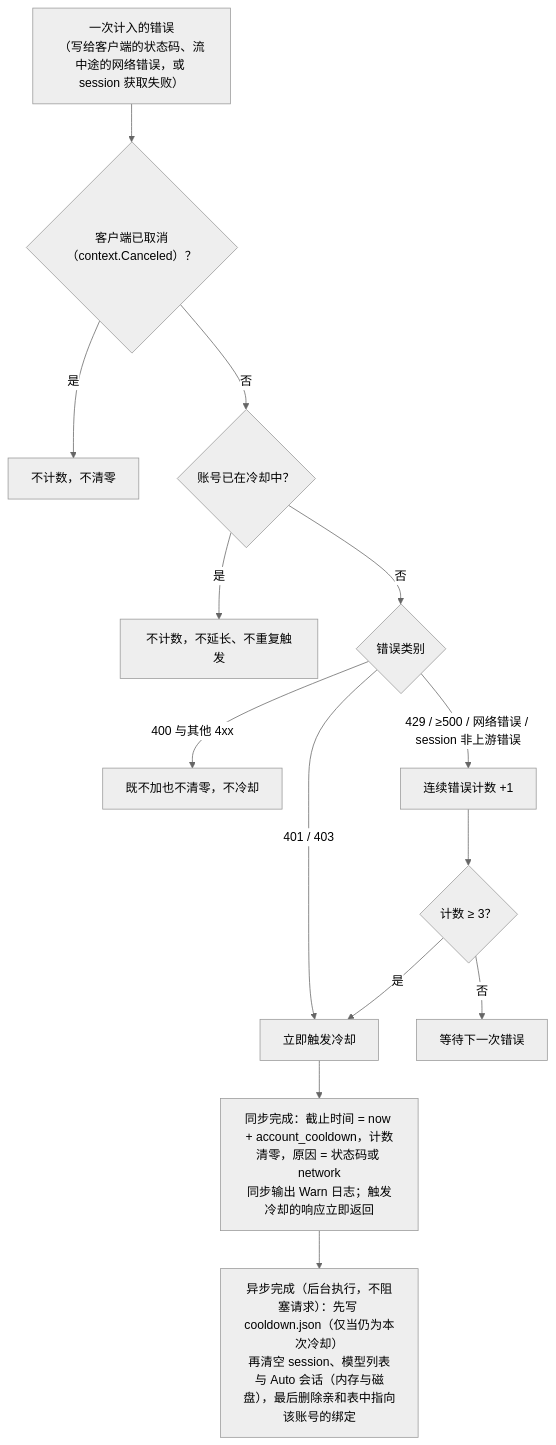
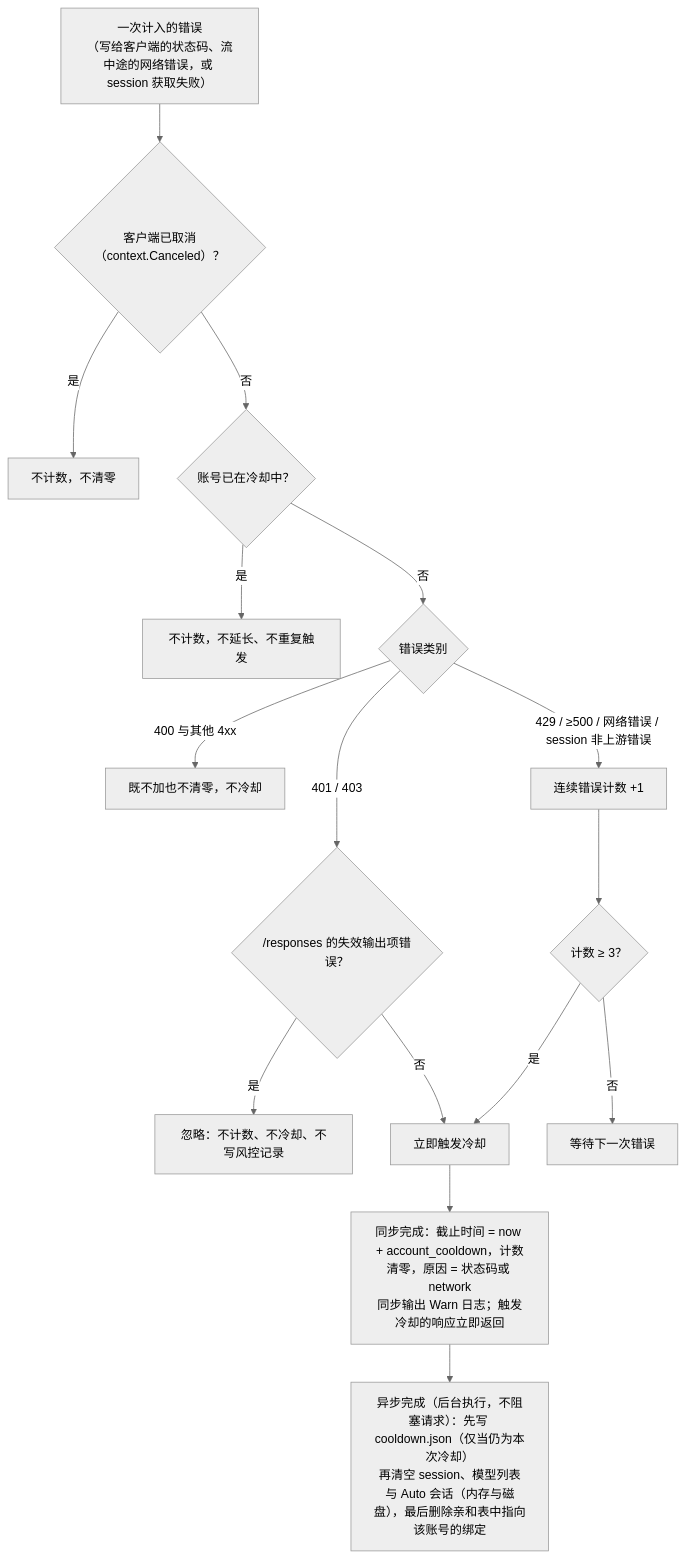
Before and after one commit to 1oo1/ghc2api: the second of 3 diagrams in docs/pool.md, drawn with Mermaid (neutral theme). The commit also changed other lines of this file and 6 other files, not shown here.

````diff
--- a/docs/pool.md
+++ b/docs/pool.md
@@ -76,16 +76,18 @@
 ```mermaid
 flowchart TD
     A["一次计入的错误<br/>（写给客户端的状态码、流中途的网络错误，或 session 获取失败）"] --> B{"客户端已取消（context.Canceled）？"}
     B -- 是 --> X1["不计数，不清零"]
     B -- 否 --> E{"账号已在冷却中？"}
     E -- 是 --> X3["不计数，不延长、不重复触发"]
     E -- 否 --> C{"错误类别"}
     C -- "400 与其他 4xx" --> X2["既不加也不清零，不冷却"]
-    C -- "401 / 403" --> D["立即触发冷却"]
+    C -- "401 / 403" --> C1{"/responses 的失效输出项错误？"}
+    C1 -- 是 --> X5["忽略：不计数、不冷却、不写风控记录"]
+    C1 -- 否 --> D["立即触发冷却"]
     C -- "429 / ≥500 / 网络错误 / session 非上游错误" --> F["连续错误计数 +1"]
     F --> G{"计数 ≥ 3？"}
     G -- 否 --> X4["等待下一次错误"]
     G -- 是 --> D
     D --> H["同步完成：截止时间 = now + account_cooldown，计数清零，原因 = 状态码或 network<br/>同步输出 Warn 日志；触发冷却的响应立即返回"]
     H --> I["异步完成（后台执行，不阻塞请求）：先写 cooldown.json（仅当仍为本次冷却）<br/>再清空 session、模型列表与 Auto 会话（内存与磁盘），最后删除亲和表中指向该账号的绑定"]
 ```
````
